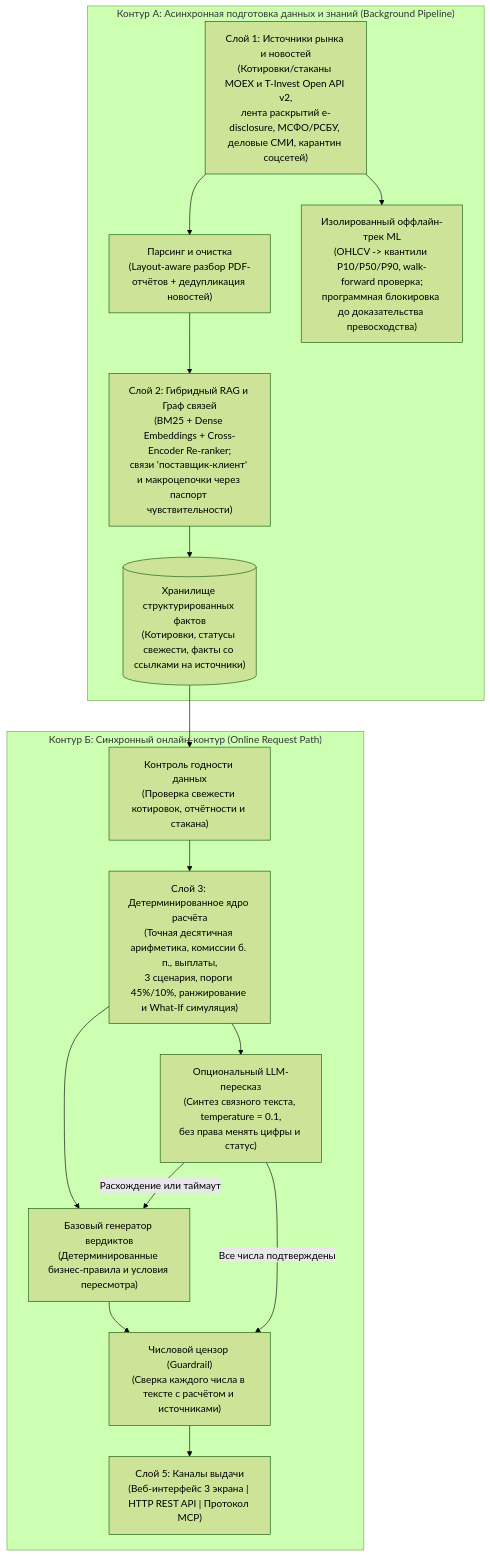
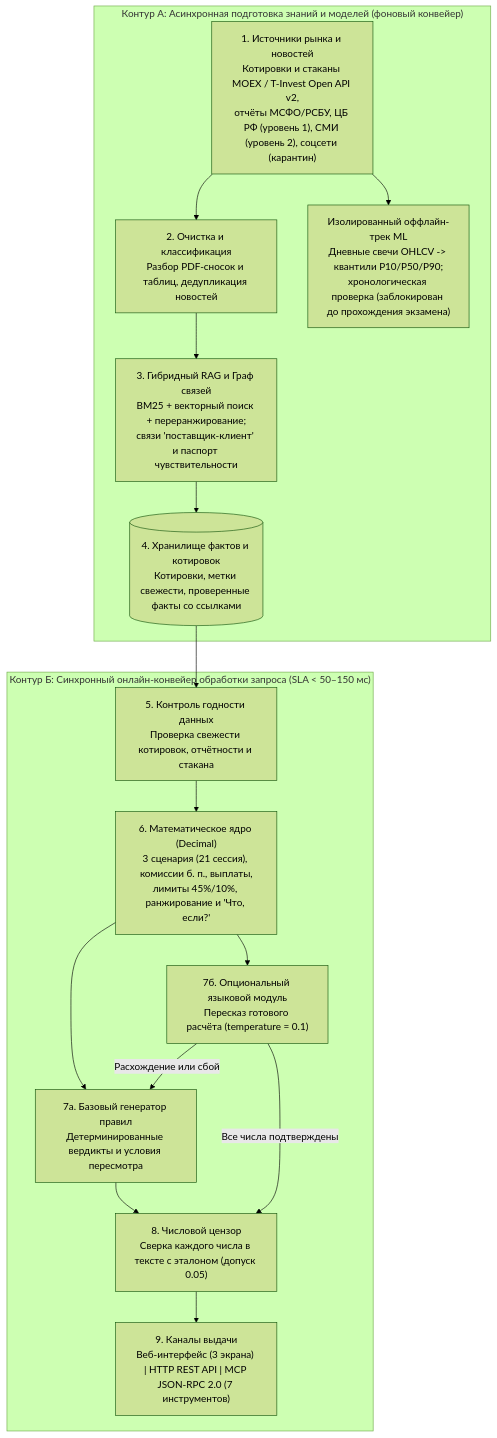
The diagram in docs/VIRA_Report.md (qwiltty/T-Invest_case), drawn with Mermaid (forest theme) before and after one commit. The commit also changed other lines of this file and 4 other files, not shown here.

````diff
--- a/docs/VIRA_Report.md
+++ b/docs/VIRA_Report.md
@@ -165,30 +72,28 @@
 ```mermaid
 flowchart TB
-    subgraph ContourA["Контур А: Асинхронная подготовка данных и знаний (Background Pipeline)"]
-        S1["Слой 1: Источники рынка и новостей<br/>(Котировки/стаканы MOEX и T-Invest Open API v2,<br/>лента раскрытий e-disclosure, МСФО/РСБУ, деловые СМИ, карантин соцсетей)"]
-        P1["Парсинг и очистка<br/>(Layout-aware разбор PDF-отчётов + дедупликация новостей)"]
-        R1["Слой 2: Гибридный RAG и Граф связей<br/>(BM25 + Dense Embeddings + Cross-Encoder Re-ranker;<br/>связи 'поставщик-клиент' и макроцепочки через паспорт чувствительности)"]
-        DB1[("Хранилище структурированных фактов<br/>(Котировки, статусы свежести, факты со ссылками на источники)")]
-        MLO["Изолированный оффлайн-трек ML<br/>(OHLCV -> квантили P10/P50/P90, walk-forward проверка;<br/>программная блокировка до доказательства превосходства)"]
-
+    subgraph ContourA["Контур А: Асинхронная подготовка знаний и моделей (фоновый конвейер)"]
+        S1["1. Источники рынка и новостей<br/>Котировки и стаканы MOEX / T-Invest Open API v2,<br/>отчёты МСФО/РСБУ, ЦБ РФ (уровень 1), СМИ (уровень 2), соцсети (карантин)"]
+        P1["2. Очистка и классификация<br/>Разбор PDF-сносок и таблиц, дедупликация новостей"]
+        R1["3. Гибридный RAG и Граф связей<br/>BM25 + векторный поиск + переранжирование;<br/>связи 'поставщик-клиент' и паспорт чувствительности"]
+        DB1[("4. Хранилище фактов и котировок<br/>Котировки, метки свежести, проверенные факты со ссылками")]
+        MLO["Изолированный оффлайн-трек ML<br/>Дневные свечи OHLCV -> квантили P10/P50/P90;<br/>хронологическая проверка (заблокирован до прохождения экзамена)"]
         S1 --> P1 --> R1 --> DB1
         S1 --> MLO
     end
 
-    subgraph ContourB["Контур Б: Синхронный онлайн-контур (Online Request Path)"]
-        CHK["Контроль годности данных<br/>(Проверка свежести котировок, отчётности и стакана)"]
-        ENG["Слой 3: Детерминированное ядро расчёта<br/>(Точная десятичная арифметика, комиссии б. п., выплаты,<br/>3 сценария, пороги 45%/10%, ранжирование и What-If симуляция)"]
-        RULE["Базовый генератор вердиктов<br/>(Детерминированные бизнес-правила и условия пересмотра)"]
-        LLM["Опциональный LLM-пересказ<br/>(Синтез связного текста, temperature = 0.1,<br/>без права менять цифры и статус)"]
-        GRD["Числовой цензор (Guardrail)<br/>(Сверка каждого числа в тексте с расчётом и источниками)"]
-        OUT["Слой 5: Каналы выдачи<br/>(Веб-интерфейс 3 экрана | HTTP REST API | Протокол MCP)"]
+    subgraph ContourB["Контур Б: Синхронный онлайн-конвейер обработки запроса (SLA < 50–150 мс)"]
+        CHK["5. Контроль годности данных<br/>Проверка свежести котировок, отчётности и стакана"]
+        ENG["6. Математическое ядро (Decimal)<br/>3 сценария (21 сессия), комиссии б. п., выплаты,<br/>лимиты 45%/10%, ранжирование и 'Что, если?'"]
+        RULE["7а. Базовый генератор правил<br/>Детерминированные вердикты и условия пересмотра"]
+        LLM["7б. Опциональный языковой модуль<br/>Пересказ готового расчёта (temperature = 0.1)"]
+        GRD["8. Числовой цензор<br/>Сверка каждого числа в тексте с эталоном (допуск 0.05)"]
+        OUT["9. Каналы выдачи<br/>Веб-интерфейс (3 экрана) | HTTP REST API | MCP JSON-RPC 2.0 (7 инструментов)"]
 
         DB1 --> CHK --> ENG
-        ENG --> RULE
+        ENG --> RULE --> GRD
         ENG --> LLM
-        RULE --> GRD
         LLM -->|Все числа подтверждены| GRD
-        LLM -->|Расхождение или таймаут| RULE
+        LLM -->|Расхождение или сбой| RULE
         GRD --> OUT
     end
 ```
````
